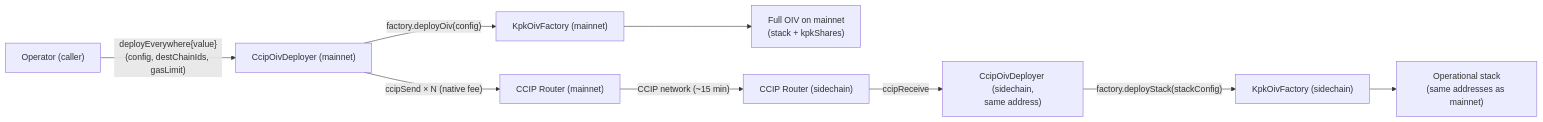
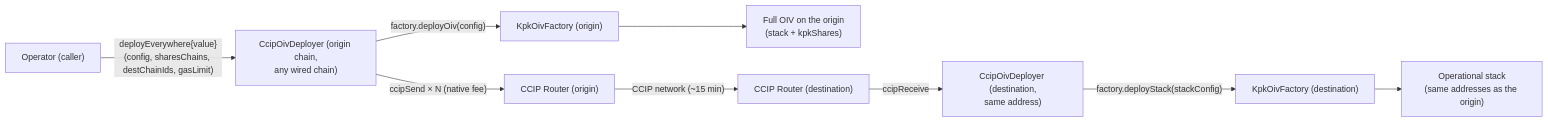
One commit to karpatkey/onchain-investment-vehicles changed the first of 3 diagrams in docs/CCIP_FUND_DEPLOYMENT_FLOW.md. Above: the diagram before and after it, drawn with Mermaid. The commit also changed other lines of this file and 12 other files, not shown here.

````diff
--- a/docs/CCIP_FUND_DEPLOYMENT_FLOW.md
+++ b/docs/CCIP_FUND_DEPLOYMENT_FLOW.md
@@ -18,11 +31,11 @@
 ```mermaid
 flowchart LR
-    Op["Operator (caller)"] -->|"deployEverywhere{value}(config, destChainIds, gasLimit)"| Orc["CcipOivDeployer (mainnet)"]
-    Orc -->|"factory.deployOiv(config)"| F["KpkOivFactory (mainnet)"]
-    F --> Fund["Full OIV on mainnet<br/>(stack + kpkShares)"]
-    Orc -->|"ccipSend × N (native fee)"| R["CCIP Router (mainnet)"]
-    R -->|"CCIP network (~15 min)"| R2["CCIP Router (sidechain)"]
-    R2 -->|"ccipReceive"| Orc2["CcipOivDeployer (sidechain,<br/>same address)"]
-    Orc2 -->|"factory.deployStack(stackConfig)"| F2["KpkOivFactory (sidechain)"]
-    F2 --> Stack["Operational stack<br/>(same addresses as mainnet)"]
+    Op["Operator (caller)"] -->|"deployEverywhere{value}(config, sharesChains, destChainIds, gasLimit)"| Orc["CcipOivDeployer (origin chain,<br/>any wired chain)"]
+    Orc -->|"factory.deployOiv(config)"| F["KpkOivFactory (origin)"]
+    F --> Fund["Full OIV on the origin<br/>(stack + kpkShares)"]
+    Orc -->|"ccipSend × N (native fee)"| R["CCIP Router (origin)"]
+    R -->|"CCIP network (~15 min)"| R2["CCIP Router (destination)"]
+    R2 -->|"ccipReceive"| Orc2["CcipOivDeployer (destination,<br/>same address)"]
+    Orc2 -->|"factory.deployStack(stackConfig)"| F2["KpkOivFactory (destination)"]
+    F2 --> Stack["Operational stack<br/>(same addresses as the origin)"]
 ```
````
